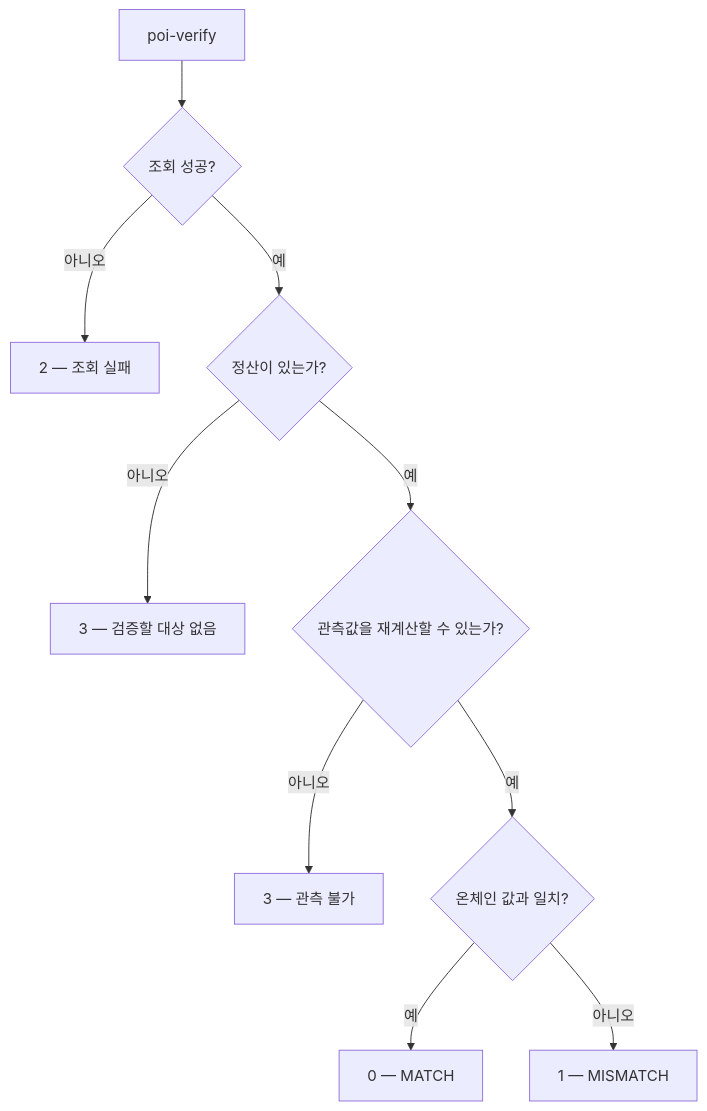
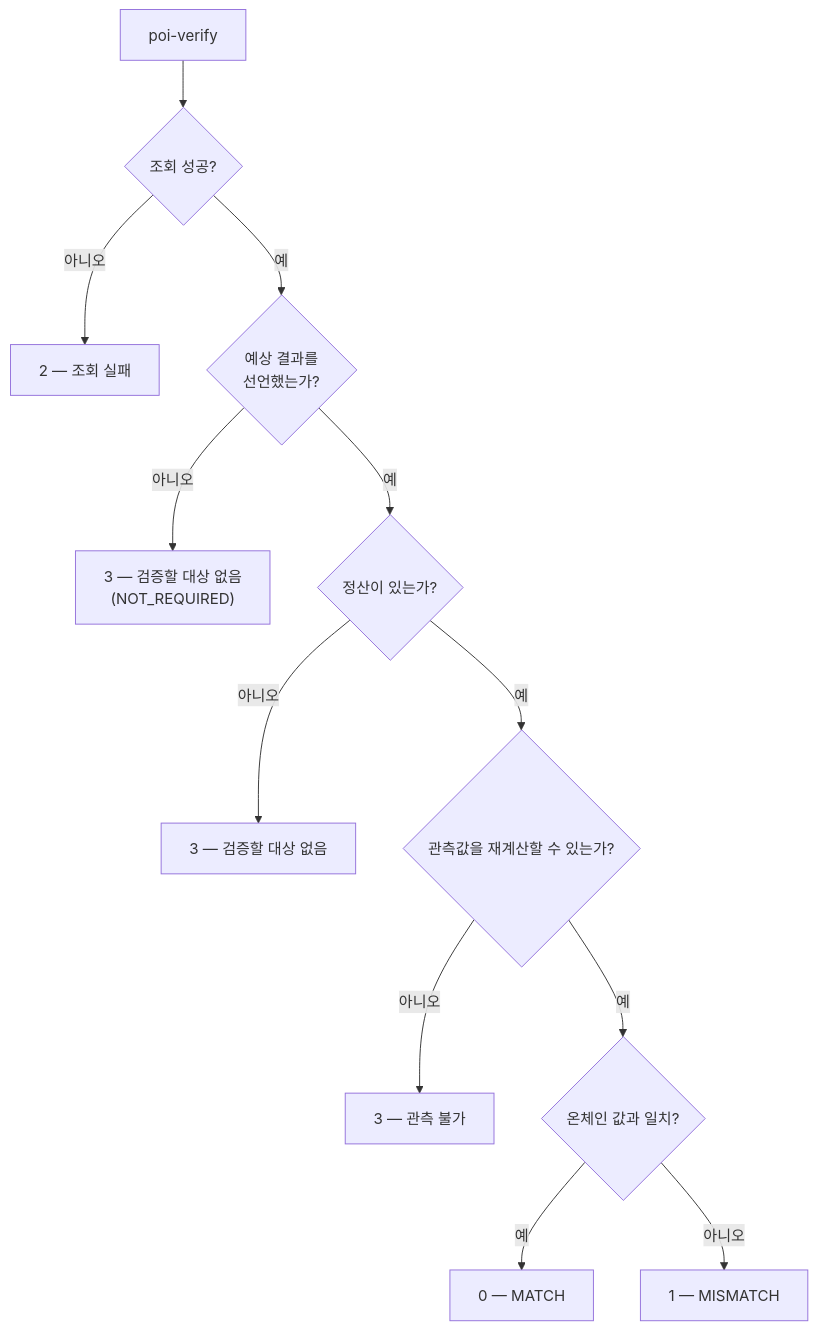
The diagram in gitbook/verify/exit-codes.md (Bo621/POI), drawn with Mermaid before and after one commit. The commit also changed other lines of this file and 1 other file, not shown here.

Commit message:
docs(gitbook): 미독파 16개 정독 감사 — 종료코드 3 의미·불변식 번호 범위
서브에이전트가 16개를 컨트랙트 소스와 대조해 정독. 14개 깨끗, 2건 발견.
둘 다 직접 재확인했다.

- verify/exit-codes.md — 종료코드 3 을 「커밋한 적 없음」이라 적었으나
  NOT_REQUIRED 는 「예상 결과 미선언」이다(verify.ts:97, cli.ts:11).
  결정이 없으면 오히려 2(조회 실패)로 간다. 판정 흐름도에도 그 분기가
  빠져 있어 추가했다
- appendix/invariant-list.md — 「코드 번호 주석 기준 전수」라 했으나
  I18·I19 는 코드에 번호가 없다(grep 0건). I1~I17(+I3b·I6a~d)만
  주석이 있다는 사실을 명시했다

깨끗한 14개는 프리이미지 바이트 길이, 7상태 라벨, 재인코딩 대조,
지표 해시(온체인 재계산), cast 명령 실행까지 대조해 확인됐다.

````diff
--- a/gitbook/verify/exit-codes.md
+++ b/gitbook/verify/exit-codes.md
@@ -15,12 +15,14 @@
 ```mermaid
 flowchart TB
     S["poi-verify <decisionUID>"] --> A{"조회 성공?"}
     A -->|"아니오"| E2["2 — 조회 실패"]
-    A -->|"예"| B{"정산이 있는가?"}
+    A -->|"예"| N{"예상 결과를<br/>선언했는가?"}
+    N -->|"아니오"| E3n["3 — 검증할 대상 없음<br/>(NOT_REQUIRED)"]
+    N -->|"예"| B{"정산이 있는가?"}
     B -->|"아니오"| E3a["3 — 검증할 대상 없음"]
     B -->|"예"| C{"관측값을 재계산할 수 있는가?"}
     C -->|"아니오"| E3b["3 — 관측 불가"]
     C -->|"예"| D{"온체인 값과 일치?"}
     D -->|"예"| E0["0 — MATCH"]
     D -->|"아니오"| E1["1 — MISMATCH"]
 ```
````
